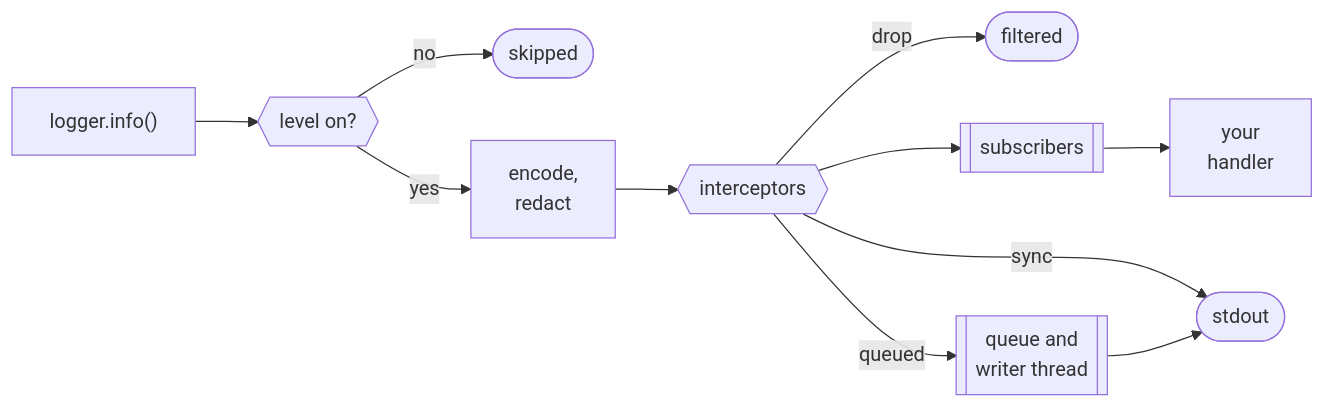
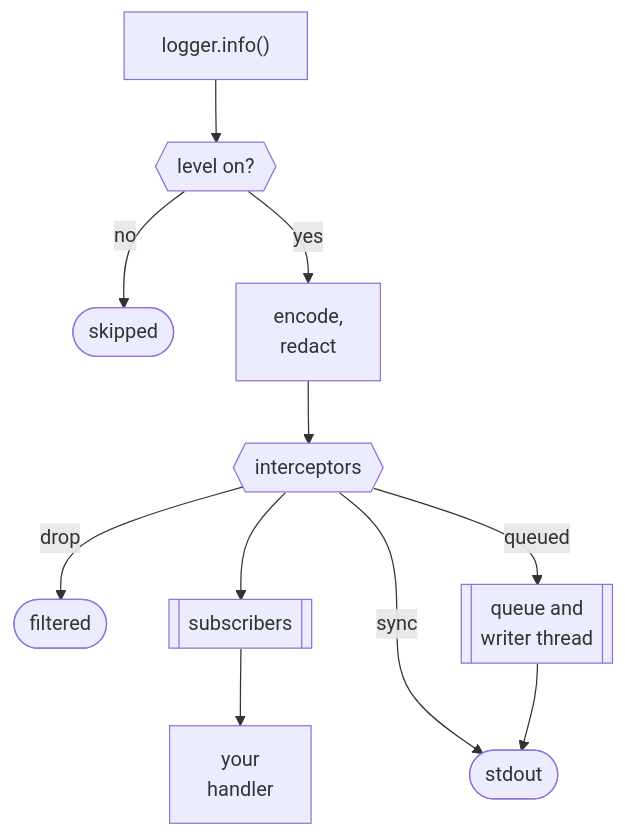
Before and after one commit to vkiryakov/zefir: the first of 7 diagrams in src/log/examples/README.md, drawn with Mermaid.

Commit message:
Draw the short record's path top down

````diff
--- a/src/log/examples/README.md
+++ b/src/log/examples/README.md
@@ -64,13 +64,13 @@
 ```mermaid
-flowchart LR
+flowchart TD
     call["logger.info()"] --> level{{"level on?"}}
     level -->|no| skipped(["skipped"])
     level -->|yes| encode["encode,<br/>redact"]
     encode --> hooks{{"interceptors"}}
     hooks -->|drop| filtered(["filtered"])
     hooks --> subs[["subscribers"]]
     subs --> handler["your<br/>handler"]
     hooks -->|sync| stdout(["stdout"])
     hooks -->|queued| writer[["queue and<br/>writer thread"]]
     writer --> stdout
 ```
````
